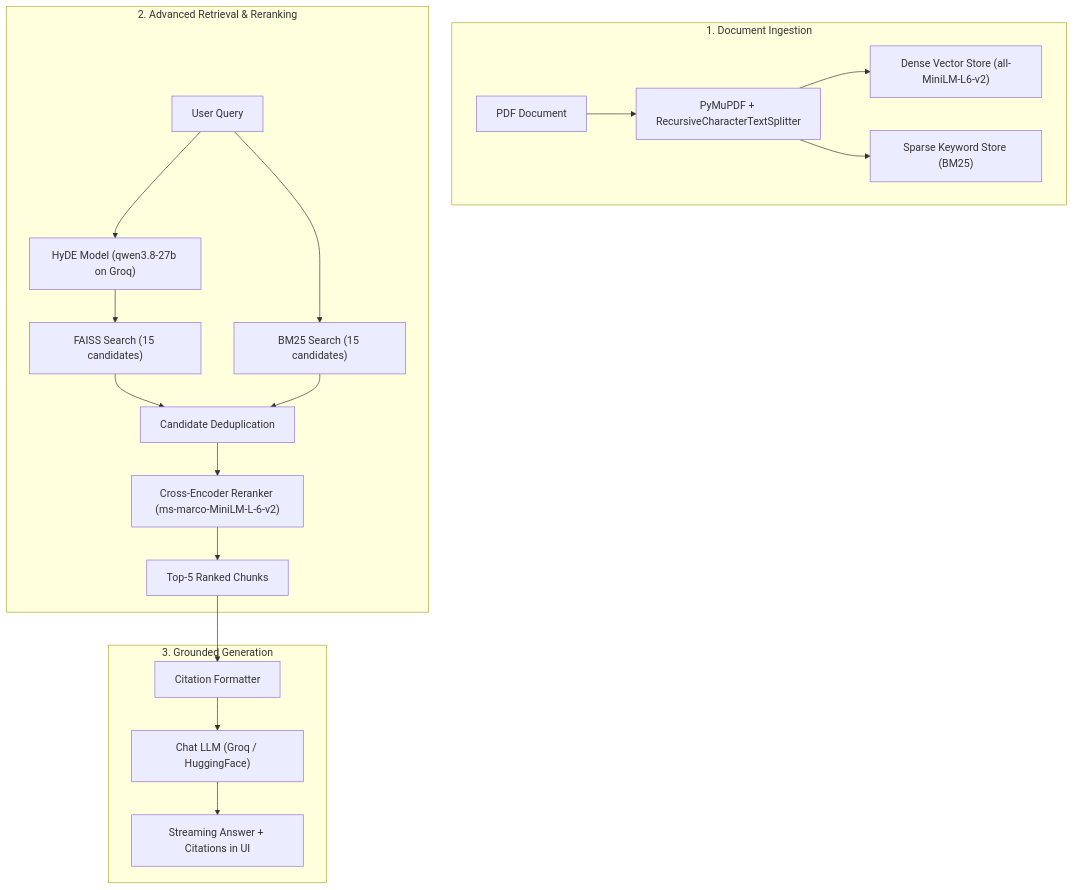
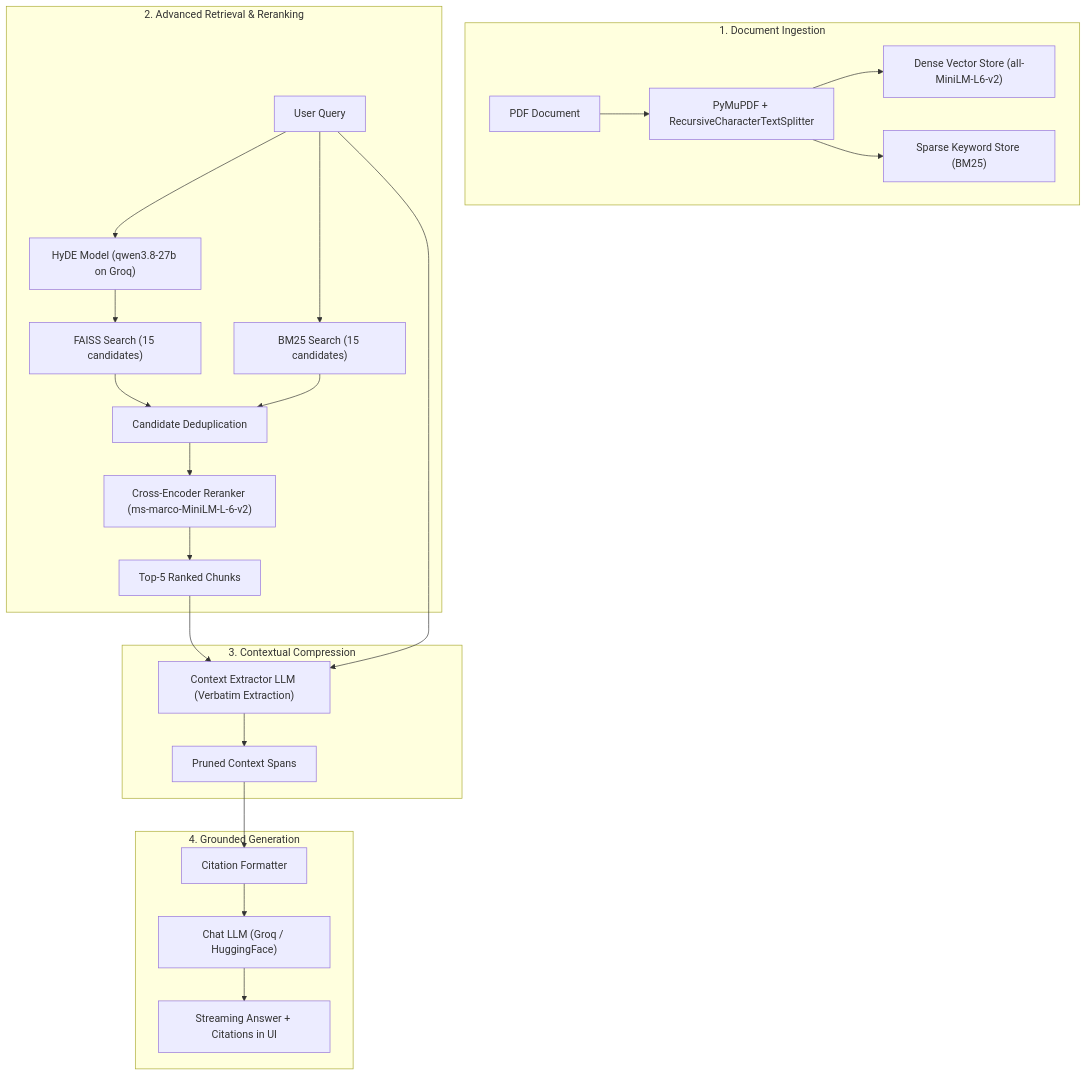
The diagram in README.md (yogibaba7/DocuMind-RAG), drawn with Mermaid before and after one commit. The commit also changed other lines of this file and 7 other files, not shown here.

First line of the commit message:
feat(rag): add contextual compression with verbatim span extraction and benchmark evaluation

````diff
--- a/README.md
+++ b/README.md
@@ -43,24 +44,30 @@
 ```mermaid
 flowchart TD
     subgraph Ingestion["1. Document Ingestion"]
         PDF["PDF Document"] --> Chunk["PyMuPDF + RecursiveCharacterTextSplitter"]
         Chunk --> FAISS["Dense Vector Store (all-MiniLM-L6-v2)"]
         Chunk --> BM25["Sparse Keyword Store (BM25)"]
     end
 
     subgraph Retrieval["2. Advanced Retrieval & Reranking"]
         Q["User Query"] --> HyDE["HyDE Model (qwen3.8-27b on Groq)"]
         HyDE --> DenseSearch["FAISS Search (15 candidates)"]
         Q --> SparseSearch["BM25 Search (15 candidates)"]
         DenseSearch --> Merge["Candidate Deduplication"]
         SparseSearch --> Merge
         Merge --> Rerank["Cross-Encoder Reranker (ms-marco-MiniLM-L-6-v2)"]
         Rerank --> TopK["Top-5 Ranked Chunks"]
     end
 
-    subgraph QA["3. Grounded Generation"]
-        TopK --> Formatter["Citation Formatter"]
+    subgraph Compression["3. Contextual Compression"]
+        TopK --> Extractor["Context Extractor LLM (Verbatim Extraction)"]
+        Q --> Extractor
+        Extractor --> Filter["Pruned Context Spans"]
+    end
+
+    subgraph QA["4. Grounded Generation"]
+        Filter --> Formatter["Citation Formatter"]
         Formatter --> LLM["Chat LLM (Groq / HuggingFace)"]
         LLM --> Stream["Streaming Answer + Citations in UI"]
     end
 ```
````
